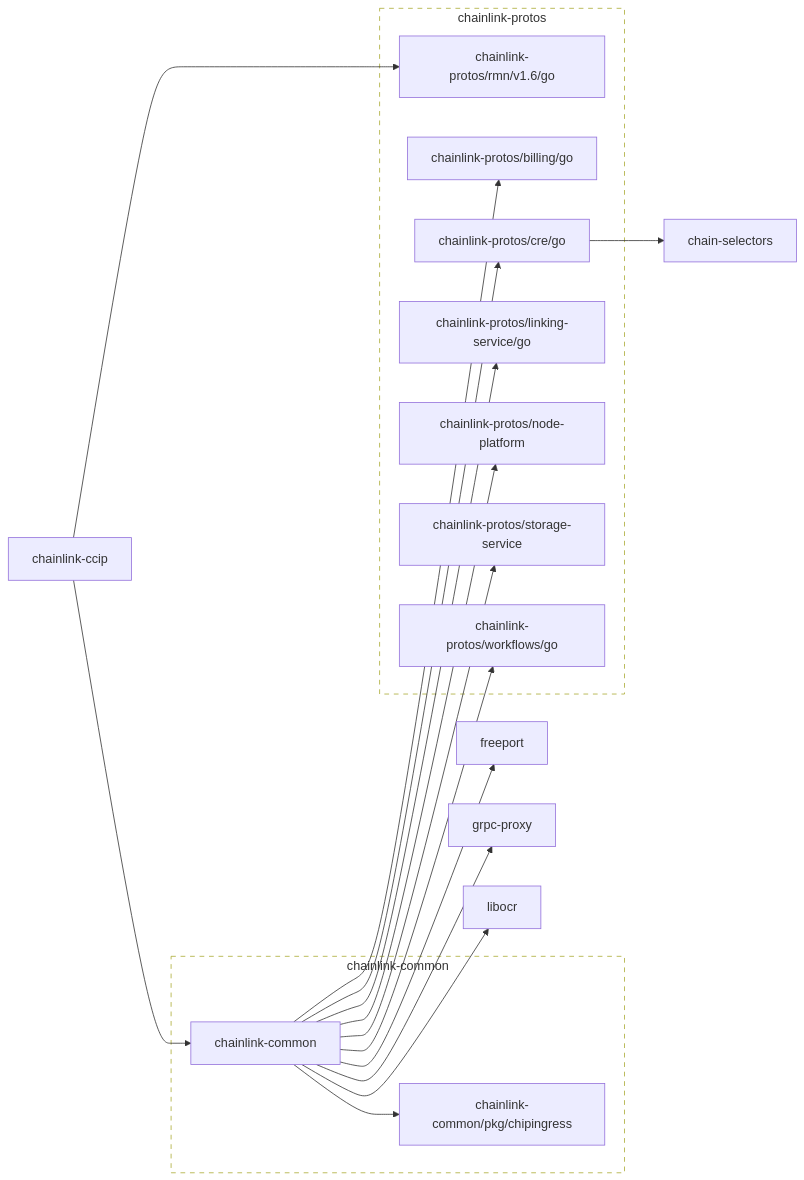
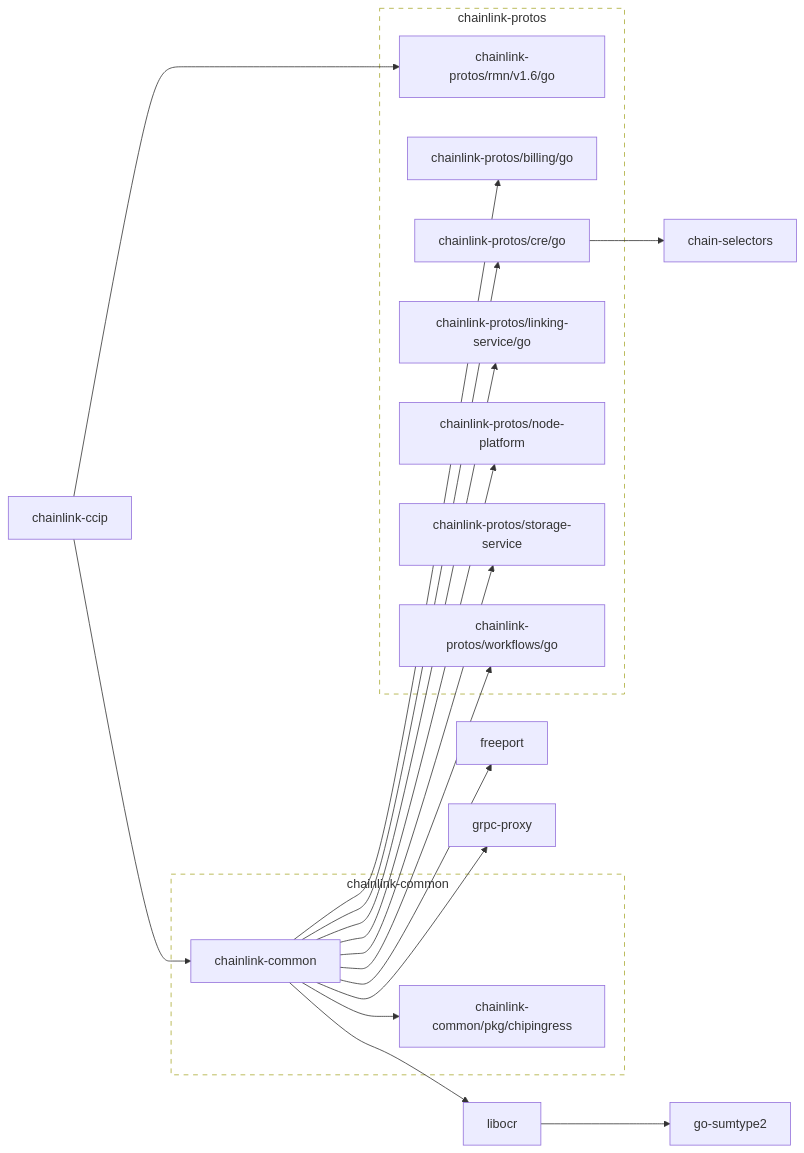
One commit to smartcontractkit/chainlink-ccip changed the first of 2 diagrams in go.md. Above: the diagram before and after it, drawn with Mermaid. The commit also changed other lines of this file and 21 other files, not shown here.

````diff
--- a/go.md
+++ b/go.md
@@ -3,62 +3,64 @@
 ```mermaid
 flowchart LR
 
 	chain-selectors
 	click chain-selectors href "https://github.com/smartcontractkit/chain-selectors"
 	chainlink-ccip --> chainlink-common
 	chainlink-ccip --> chainlink-protos/rmn/v1.6/go
 	click chainlink-ccip href "https://github.com/smartcontractkit/chainlink-ccip"
 	chainlink-common --> chainlink-common/pkg/chipingress
 	chainlink-common --> chainlink-protos/billing/go
 	chainlink-common --> chainlink-protos/cre/go
 	chainlink-common --> chainlink-protos/linking-service/go
 	chainlink-common --> chainlink-protos/node-platform
 	chainlink-common --> chainlink-protos/storage-service
 	chainlink-common --> chainlink-protos/workflows/go
 	chainlink-common --> freeport
 	chainlink-common --> grpc-proxy
 	chainlink-common --> libocr
 	click chainlink-common href "https://github.com/smartcontractkit/chainlink-common"
 	chainlink-common/pkg/chipingress
 	click chainlink-common/pkg/chipingress href "https://github.com/smartcontractkit/chainlink-common"
 	chainlink-protos/billing/go
 	click chainlink-protos/billing/go href "https://github.com/smartcontractkit/chainlink-protos"
 	chainlink-protos/cre/go --> chain-selectors
 	click chainlink-protos/cre/go href "https://github.com/smartcontractkit/chainlink-protos"
 	chainlink-protos/linking-service/go
 	click chainlink-protos/linking-service/go href "https://github.com/smartcontractkit/chainlink-protos"
 	chainlink-protos/node-platform
 	click chainlink-protos/node-platform href "https://github.com/smartcontractkit/chainlink-protos"
 	chainlink-protos/rmn/v1.6/go
 	click chainlink-protos/rmn/v1.6/go href "https://github.com/smartcontractkit/chainlink-protos"
 	chainlink-protos/storage-service
 	click chainlink-protos/storage-service href "https://github.com/smartcontractkit/chainlink-protos"
 	chainlink-protos/workflows/go
 	click chainlink-protos/workflows/go href "https://github.com/smartcontractkit/chainlink-protos"
 	freeport
 	click freeport href "https://github.com/smartcontractkit/freeport"
+	go-sumtype2
+	click go-sumtype2 href "https://github.com/smartcontractkit/go-sumtype2"
 	grpc-proxy
 	click grpc-proxy href "https://github.com/smartcontractkit/grpc-proxy"
-	libocr
+	libocr --> go-sumtype2
 	click libocr href "https://github.com/smartcontractkit/libocr"
 
 	subgraph chainlink-common-repo[chainlink-common]
 		 chainlink-common
 		 chainlink-common/pkg/chipingress
 	end
 	click chainlink-common-repo href "https://github.com/smartcontractkit/chainlink-common"
 
 	subgraph chainlink-protos-repo[chainlink-protos]
 		 chainlink-protos/billing/go
 		 chainlink-protos/cre/go
 		 chainlink-protos/linking-service/go
 		 chainlink-protos/node-platform
 		 chainlink-protos/rmn/v1.6/go
 		 chainlink-protos/storage-service
 		 chainlink-protos/workflows/go
 	end
 	click chainlink-protos-repo href "https://github.com/smartcontractkit/chainlink-protos"
 
 	classDef outline stroke-dasharray:6,fill:none;
 	class chainlink-common-repo,chainlink-protos-repo outline
 ```
````
